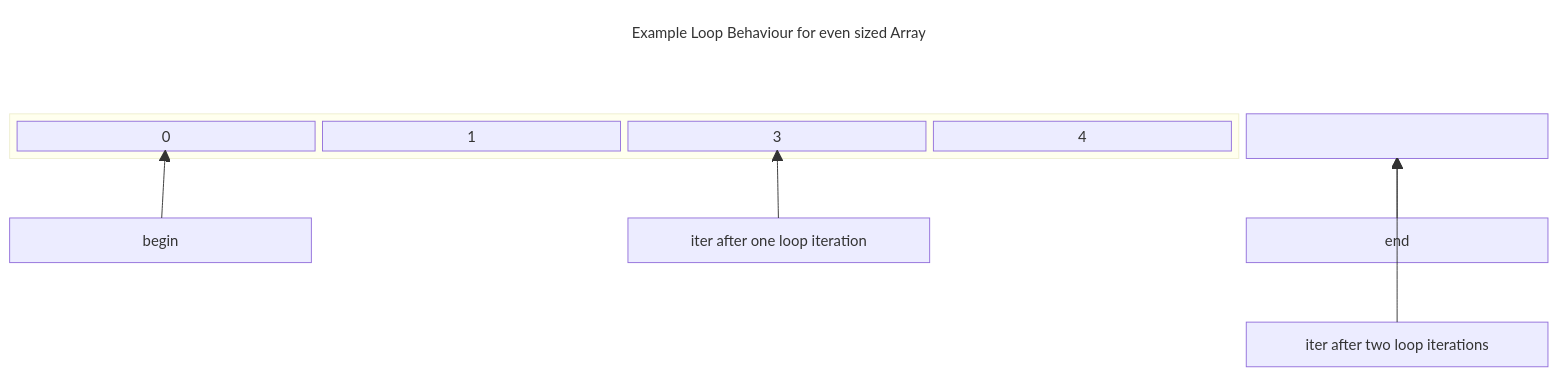
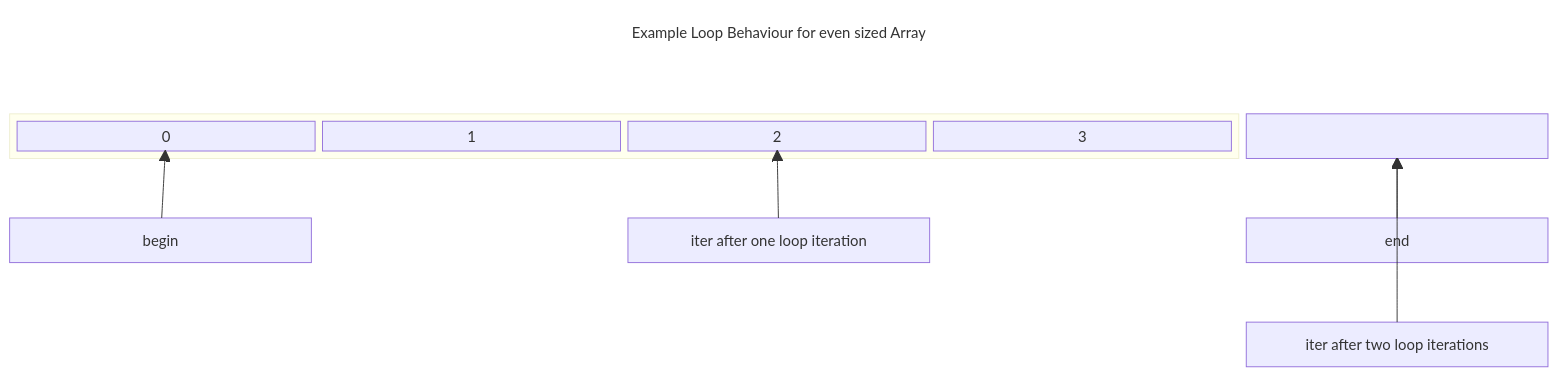
One commit to flempriere/CppThroughGameProgramming changed the first of 3 diagrams in Chapter4/Chapter4.md. Above: the diagram before and after it, drawn with Mermaid. The commit also changed other lines of this file, not shown here.

````diff
--- a/Chapter4/Chapter4.md
+++ b/Chapter4/Chapter4.md
@@ -74,31 +74,31 @@
 ```mermaid
 
 block
     columns 5
     space:2
     title("Example Loop Behaviour for even sized Array")
     space:2
     space:5
     block:array:4
         0 ["0"]
         1 ["1"]
-        2 ["3"]
-        3 ["4"]
+        2 ["2"]
+        3 ["3"]
     end
     end_arr [" "]
     space:5
     begin_iter ["begin"]
     space
     iter_one ["iter after one loop iteration"]
     space
     end_iter ["end"]
     space:9
     iter_two ["iter after two loop iterations"]
     begin_iter-->0
     iter_one-->2
     end_iter-->end_arr
     iter_two-->end_arr
 
 class title BG
 classDef BG stroke:transparent, fill:transparent
 ```
````
